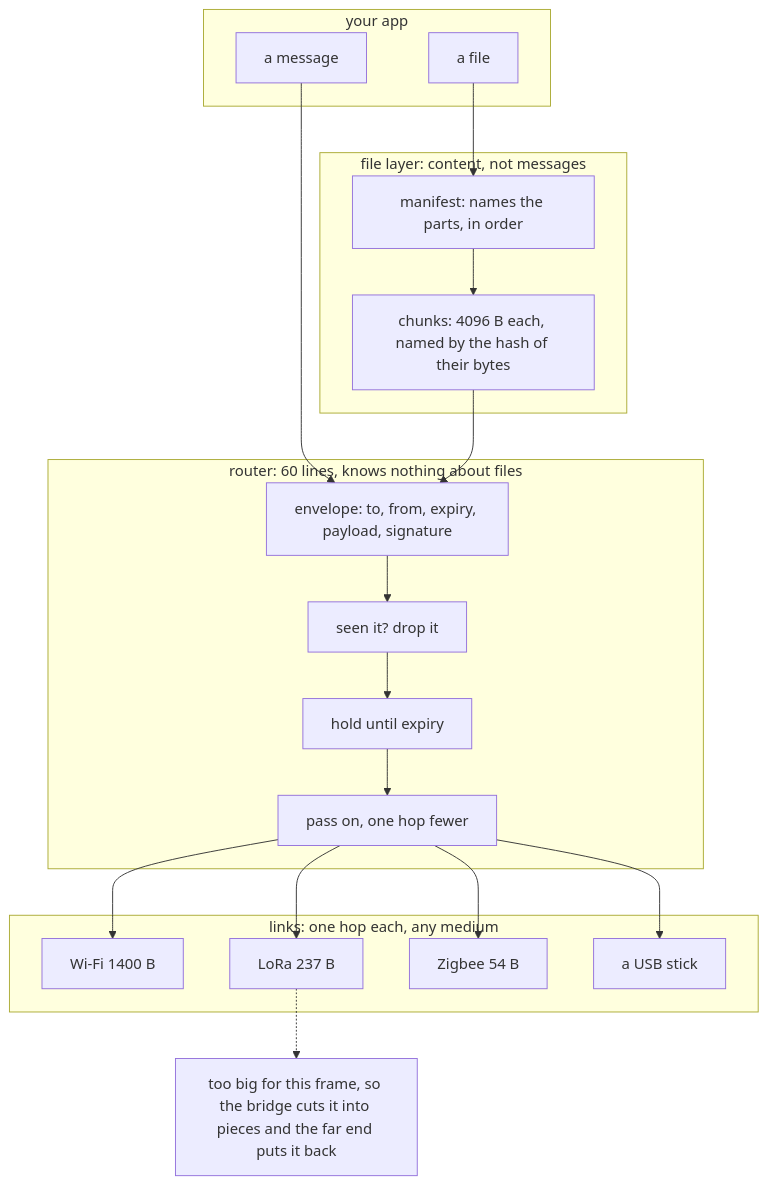
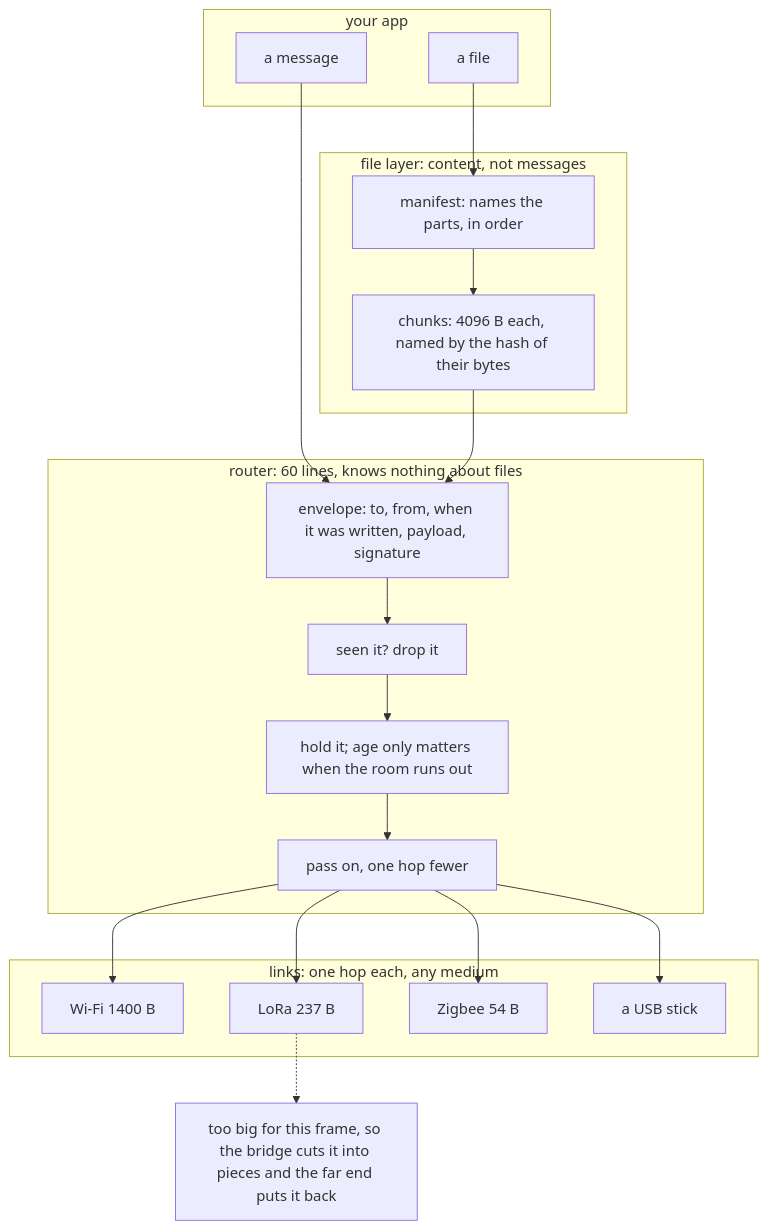
The first of 2 diagrams in docs/HOW_IT_WORKS.md (sloev/spore), drawn with Mermaid before and after one commit. The commit also changed other lines of this file and 3 other files, not shown here.

````diff
--- a/docs/HOW_IT_WORKS.md
+++ b/docs/HOW_IT_WORKS.md
@@ -106,28 +106,28 @@
 ```mermaid
 flowchart TB
   subgraph APP["your app"]
     MSG["a message"]
     FILE["a file"]
   end
   subgraph FILEL["file layer: content, not messages"]
     MAN["manifest: names the parts, in order"]
     CH["chunks: 4096 B each, named by the hash of their bytes"]
   end
   subgraph ROUTER["router: 60 lines, knows nothing about files"]
-    ENV["envelope: to, from, expiry, payload, signature"]
+    ENV["envelope: to, from, when it was written, payload, signature"]
     DEDUP["seen it? drop it"]
-    STORE["hold until expiry"]
+    STORE["hold it; age only matters when the room runs out"]
     FLOOD["pass on, one hop fewer"]
   end
   subgraph LINK["links: one hop each, any medium"]
     W["Wi-Fi 1400 B"]
     L["LoRa 237 B"]
     Z["Zigbee 54 B"]
     U["a USB stick"]
   end
   MSG --> ENV
   FILE --> MAN --> CH --> ENV
   ENV --> DEDUP --> STORE --> FLOOD
   FLOOD --> W & L & Z & U
   L -.-> FR["too big for this frame, so the bridge cuts it into pieces and the far end puts it back"]
 ```
````
